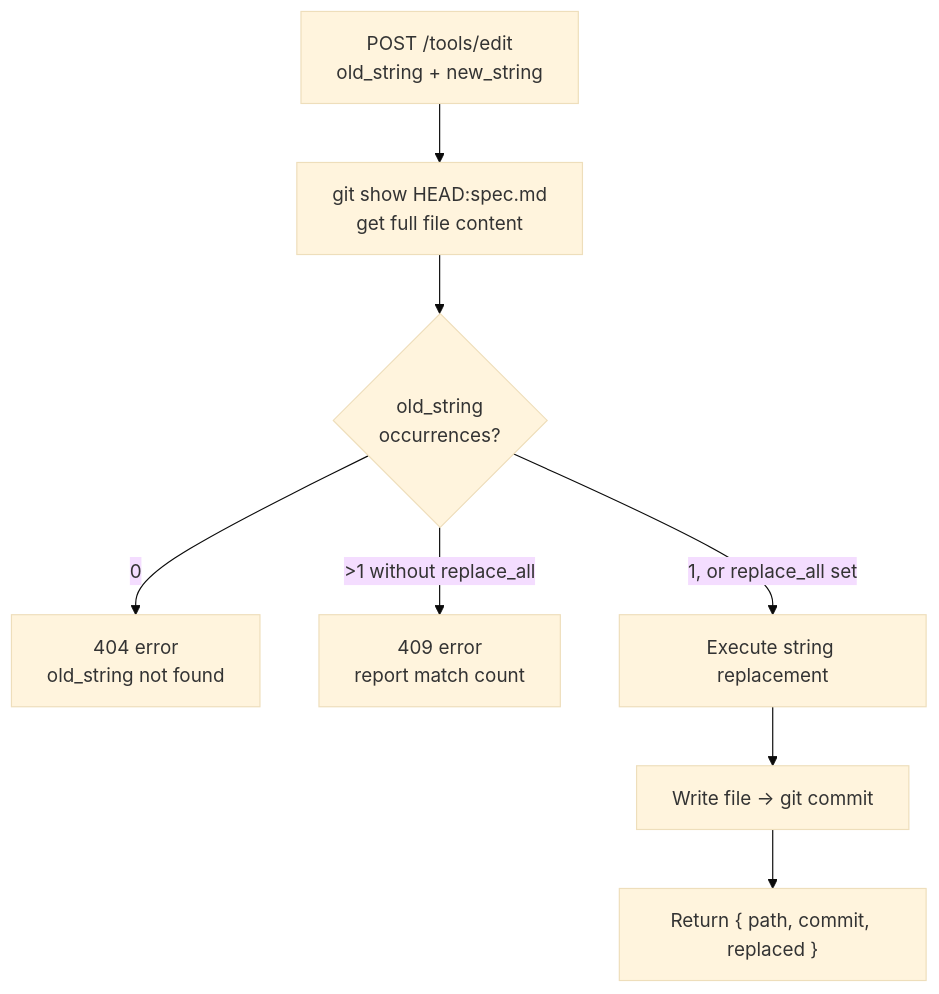
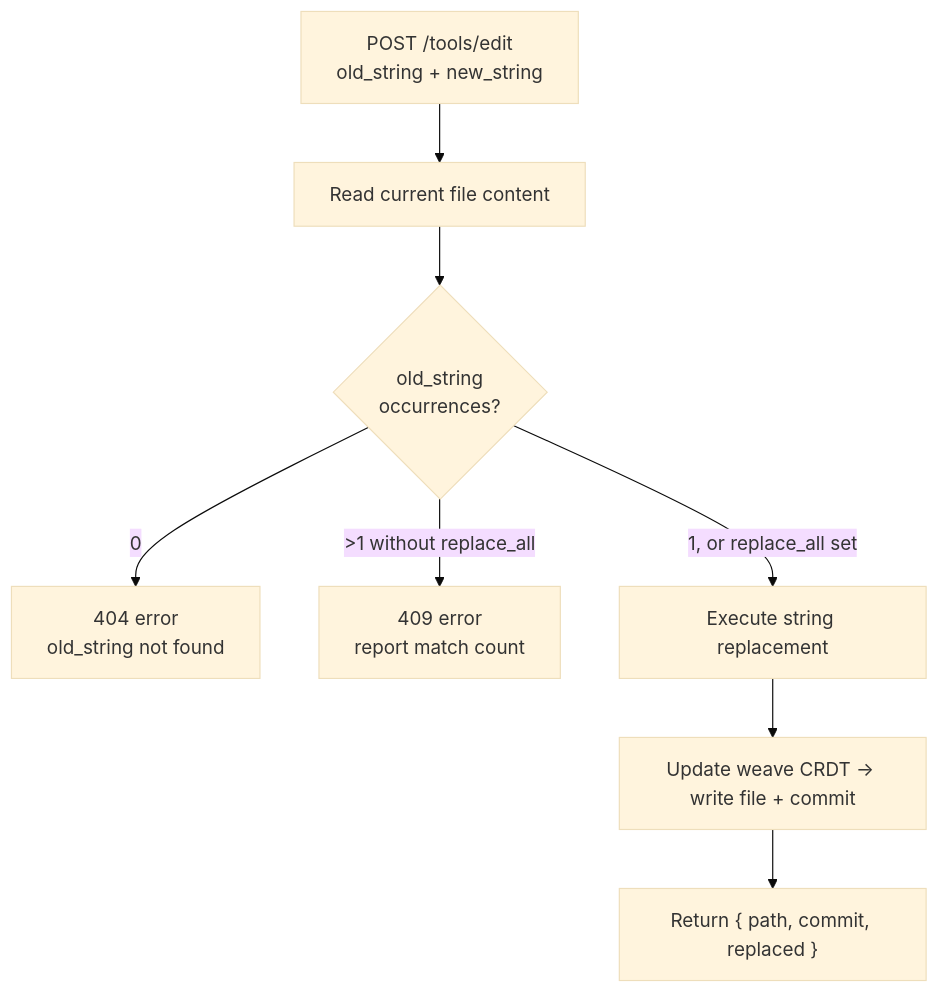
The seventh of 11 diagrams in design.md (glance2life/openarti), drawn with Mermaid (base theme) before and after one commit. The commit also changed other lines of this file and 162 other files, not shown here.

````diff
--- a/design.md
+++ b/design.md
@@ -327,10 +310,10 @@
 ```mermaid
 flowchart TD
-    A["POST /tools/edit<br/>old_string + new_string"] --> B["git show HEAD:spec.md<br/>get full file content"]
+    A["POST /tools/edit<br/>old_string + new_string"] --> B["Read current file content"]
     B --> C{"old_string<br/>occurrences?"}
     C -->|"0"| D["404 error<br/>old_string not found"]
     C -->|">1 without replace_all"| E["409 error<br/>report match count"]
     C -->|"1, or replace_all set"| F["Execute string replacement"]
-    F --> G["Write file → git commit"]
+    F --> G["Update weave CRDT → write file + commit"]
     G --> H["Return { path, commit, replaced }"]
 ```
````
